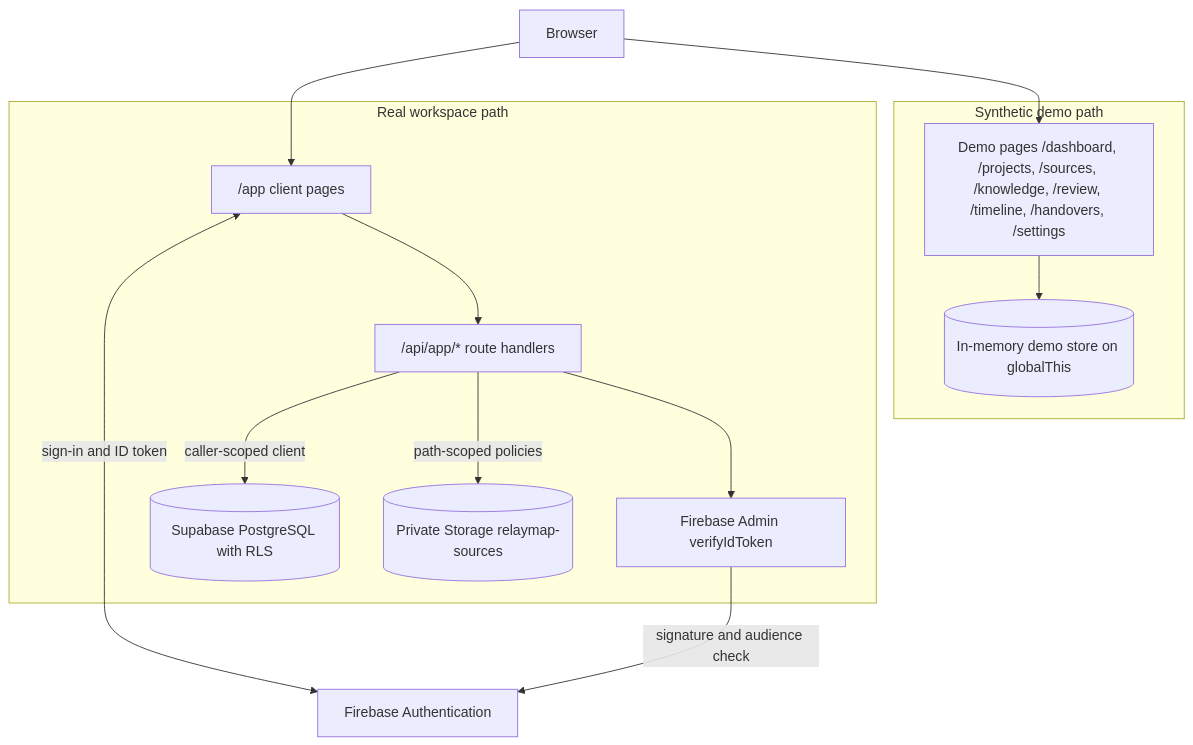
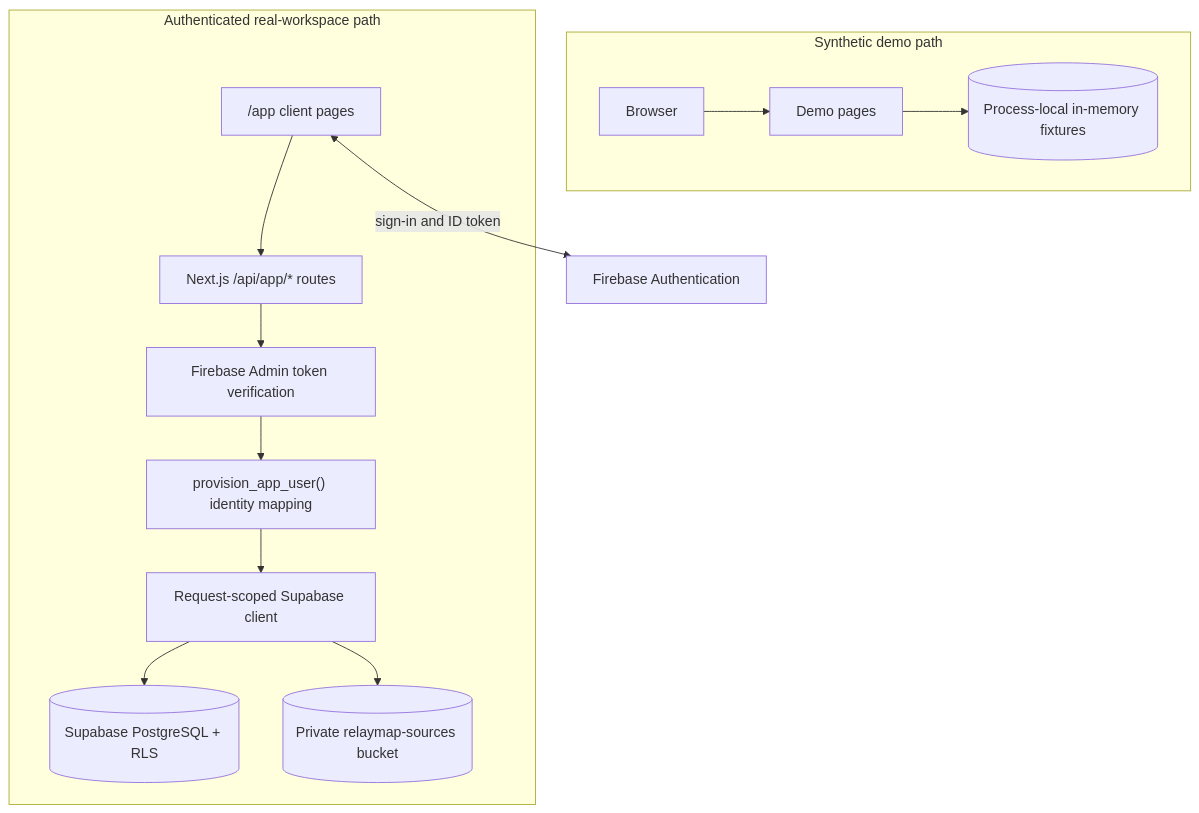
One commit to JayeshJadhav28/relaymap changed the second of 2 diagrams in README.md. Above: the diagram before and after it, drawn with Mermaid. The commit also changed other lines of this file, not shown here.

````diff
--- a/README.md
+++ b/README.md
@@ -229,27 +196,27 @@
 ```mermaid
 flowchart TB
-    B["Browser"]
+    Browser["Browser"]
 
     subgraph Demo["Synthetic demo path"]
-        DP["Demo pages /dashboard, /projects, /sources, /knowledge, /review, /timeline, /handovers, /settings"]
-        DS[("In-memory demo store on globalThis")]
+        DemoPages["Demo pages"]
+        DemoStore[("Process-local in-memory fixtures")]
+        Browser --> DemoPages --> DemoStore
     end
 
-    subgraph Real["Real workspace path"]
-        RP["/app client pages"]
-        API["/api/app/* route handlers"]
-        ADM["Firebase Admin verifyIdToken"]
-        DB[("Supabase PostgreSQL with RLS")]
-        ST[("Private Storage relaymap-sources")]
+    subgraph Real["Authenticated real-workspace path"]
+        AppPages["/app client pages"]
+        Api["Next.js /api/app/* routes"]
+        Verify["Firebase Admin token verification"]
+        Provision["provision_app_user() identity mapping"]
+        RequestClient["Request-scoped Supabase client"]
+        Database[("Supabase PostgreSQL + RLS")]
+        Storage[("Private relaymap-sources bucket")]
+
+        AppPages --> Api --> Verify --> Provision --> RequestClient
+        RequestClient --> Database
+        RequestClient --> Storage
     end
 
-    FB["Firebase Authentication"]
-
-    B --> DP --> DS
-    B --> RP --> API
-    RP <-->|"sign-in and ID token"| FB
-    API --> ADM
-    ADM -->|"signature and audience check"| FB
-    API -->|"caller-scoped client"| DB
-    API -->|"path-scoped policies"| ST
+    Firebase["Firebase Authentication"]
+    AppPages <-->|"sign-in and ID token"| Firebase
 ```
````
